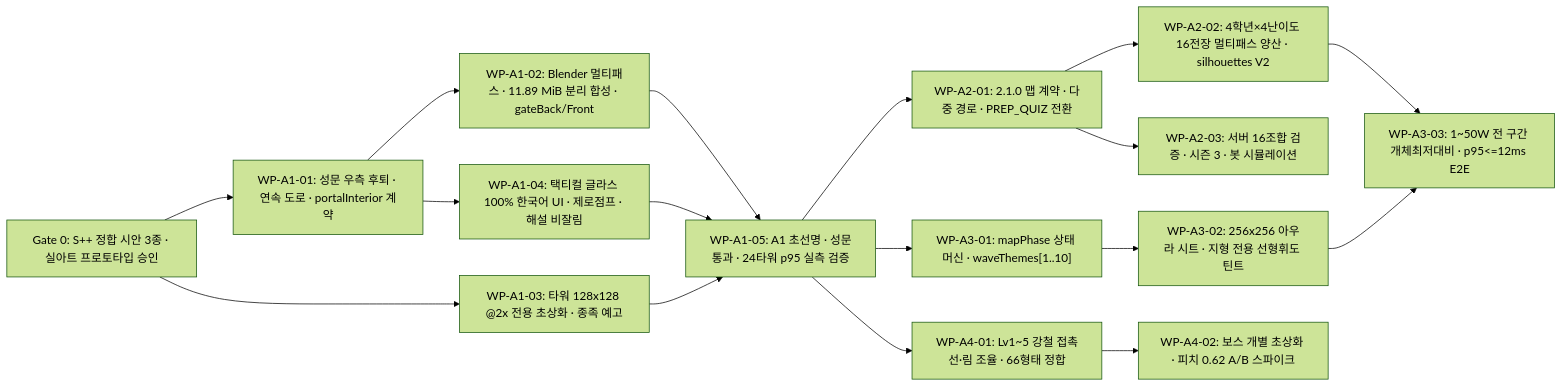
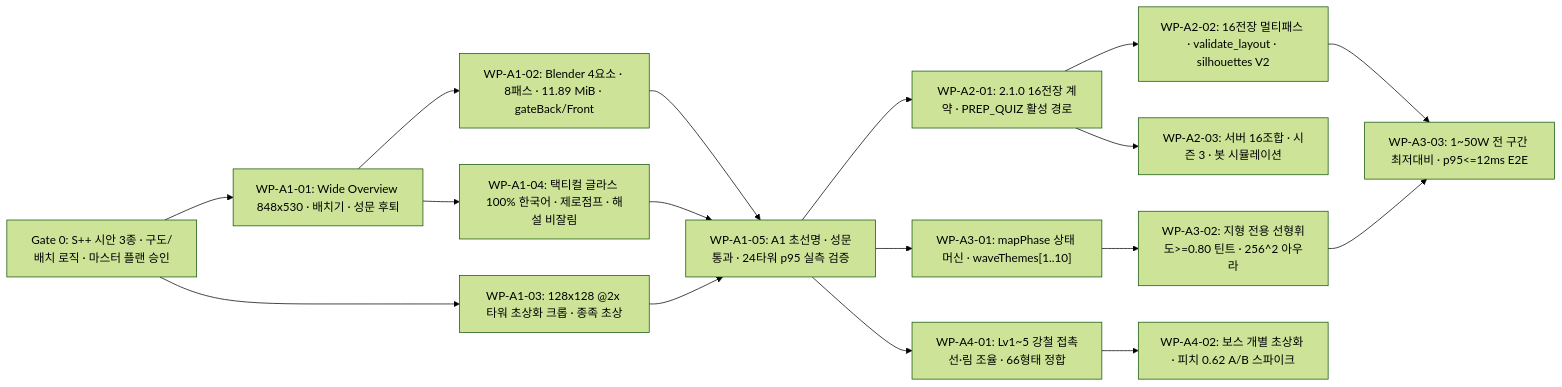
The diagram in docs/renewal/r6/v2/DETAILED_EXECUTION_PLAN.md (djqanrudgns12/tower), drawn with Mermaid (forest theme) before and after one commit. The commit also changed other lines of this file and 8 other files, not shown here.

````diff
--- a/docs/renewal/r6/v2/DETAILED_EXECUTION_PLAN.md
+++ b/docs/renewal/r6/v2/DETAILED_EXECUTION_PLAN.md
@@ -10,19 +11,19 @@
 ```mermaid
 flowchart LR
-  G0["Gate 0: S++ 정합 시안 3종 · 실아트 프로토타입 승인"] --> A1_1["WP-A1-01: 성문 우측 후퇴 · 연속 도로 · portalInterior 계약"]
-  A1_1 --> A1_2["WP-A1-02: Blender 멀티패스 · 11.89 MiB 분리 합성 · gateBack/Front"]
-  G0 --> A1_3["WP-A1-03: 타워 128x128 @2x 전용 초상화 · 종족 예고"]
-  A1_1 --> A1_4["WP-A1-04: 택티컬 글라스 100% 한국어 UI · 제로점프 · 해설 비잘림"]
+  G0["Gate 0: S++ 시안 3종 · 구도/배치 로직 · 마스터 플랜 승인"] --> A1_1["WP-A1-01: Wide Overview 848x530 · 배치기 · 성문 후퇴"]
+  A1_1 --> A1_2["WP-A1-02: Blender 4요소 · 8패스 · 11.89 MiB · gateBack/Front"]
+  G0 --> A1_3["WP-A1-03: 128x128 @2x 타워 초상화 크롭 · 종족 초상"]
+  A1_1 --> A1_4["WP-A1-04: 택티컬 글라스 100% 한국어 · 제로점프 · 해설 비잘림"]
   A1_2 --> A1_5["WP-A1-05: A1 초선명 · 성문통과 · 24타워 p95 실측 검증"]
   A1_3 --> A1_5
   A1_4 --> A1_5
-  A1_5 --> A2_1["WP-A2-01: 2.1.0 맵 계약 · 다중 경로 · PREP_QUIZ 전환"]
-  A2_1 --> A2_2["WP-A2-02: 4학년×4난이도 16전장 멀티패스 양산 · silhouettes V2"]
-  A2_1 --> A2_3["WP-A2-03: 서버 16조합 검증 · 시즌 3 · 봇 시뮬레이션"]
+  A1_5 --> A2_1["WP-A2-01: 2.1.0 16전장 계약 · PREP_QUIZ 활성 경로"]
+  A2_1 --> A2_2["WP-A2-02: 16전장 멀티패스 · validate_layout · silhouettes V2"]
+  A2_1 --> A2_3["WP-A2-03: 서버 16조합 · 시즌 3 · 봇 시뮬레이션"]
   A1_5 --> A3_1["WP-A3-01: mapPhase 상태 머신 · waveThemes[1..10]"]
-  A3_1 --> A3_2["WP-A3-02: 256x256 아우라 시트 · 지형 전용 선형휘도 틴트"]
-  A2_2 --> A3_3["WP-A3-03: 1~50W 전 구간 개체최저대비 · p95<=12ms E2E"]
+  A3_1 --> A3_2["WP-A3-02: 지형 전용 선형휘도>=0.80 틴트 · 256^2 아우라"]
+  A2_2 --> A3_3["WP-A3-03: 1~50W 전 구간 최저대비 · p95<=12ms E2E"]
   A3_2 --> A3_3
   A1_5 --> A4_1["WP-A4-01: Lv1~5 강철 접촉선·림 조율 · 66형태 정합"]
   A4_1 --> A4_2["WP-A4-02: 보스 개별 초상화 · 피치 0.62 A/B 스파이크"]
 ```
````
